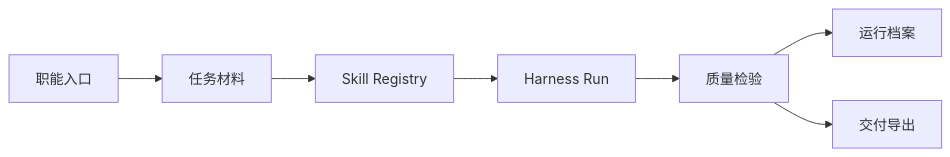
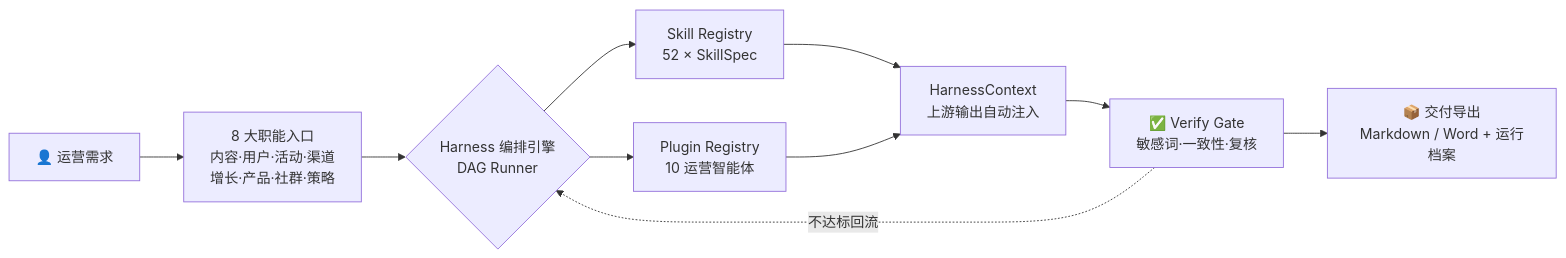
Before and after one commit to heyewuyue2025/OperAI: the diagram in README.md, drawn with Mermaid. The commit also changed other lines of this file, not shown here.

````diff
--- a/README.md
+++ b/README.md
@@ -30,9 +39,11 @@
 ```mermaid
 flowchart LR
-    A["职能入口"] --> B["任务材料"]
-    B --> C["Skill Registry"]
-    C --> D["Harness Run"]
-    D --> E["质量检验"]
-    E --> F["运行档案"]
-    E --> G["交付导出"]
+    A[👤 运营需求] --> B[8 大职能入口<br/>内容·用户·活动·渠道<br/>增长·产品·社群·策略]
+    B --> C{Harness 编排引擎<br/>DAG Runner}
+    C --> D[Skill Registry<br/>52 × SkillSpec]
+    C --> E[Plugin Registry<br/>10 运营智能体]
+    D & E --> F[HarnessContext<br/>上游输出自动注入]
+    F --> G[✅ Verify Gate<br/>敏感词·一致性·复核]
+    G --> H[📦 交付导出<br/>Markdown / Word + 运行档案]
+    G -. 不达标回流 .-> C
 ```
````
